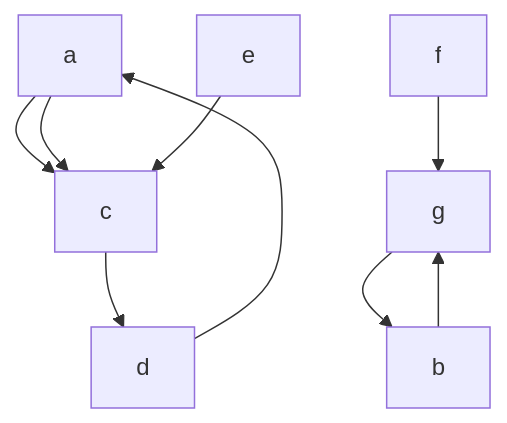
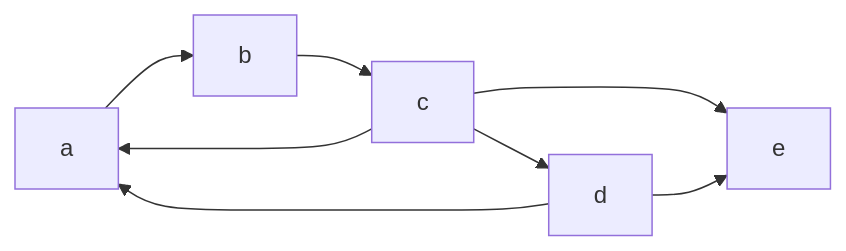
The diagram in samples/sample.md (hotoku/fosi), drawn with Mermaid before and after one commit. The commit also changed other lines of this file and 5 other files, not shown here.

````diff
--- a/samples/sample.md
+++ b/samples/sample.md
@@ -11,13 +9,10 @@
 ```mermaid
-flowchart TD
-  a --> c
-  c --> d
-  a --> c
-
-  d --> a
-  f --> g
-  g --> b
-
-  e --> c
-  b --> g
+graph LR
+a --> b
+b --> c
+c --> a
+c --> d
+d --> a
+c --> e
+d --> e
 ```
````
